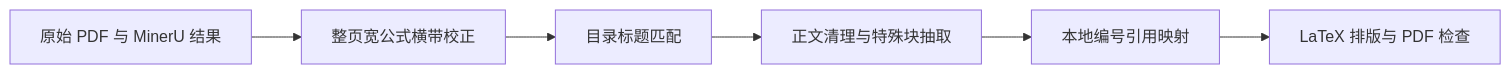
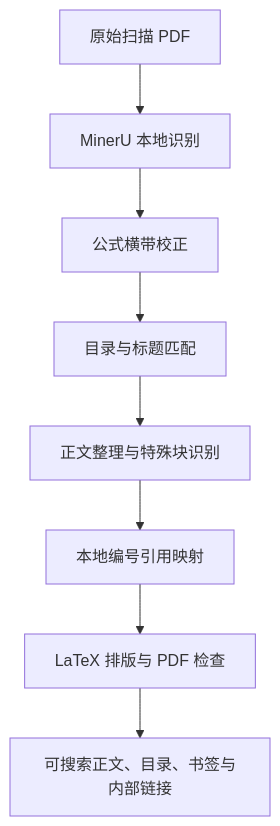
The diagram in README.md (zhiyuan7/pdf-reforge), drawn with Mermaid before and after one commit. The commit also changed other lines of this file and 32 other files, not shown here.

````diff
--- a/README.md
+++ b/README.md
@@ -11,8 +252,10 @@
 ```mermaid
-flowchart LR
-    A[原始 PDF 与 MinerU 结果] --> F[整页宽公式横带校正]
-    F --> B[目录标题匹配]
-    B --> C[正文清理与特殊块抽取]
-    C --> D[本地编号引用映射]
-    D --> E[LaTeX 排版与 PDF 检查]
+flowchart TD
+    A[原始扫描 PDF] --> B[MinerU 本地识别]
+    B --> C[公式横带校正]
+    C --> D[目录与标题匹配]
+    D --> E[正文整理与特殊块识别]
+    E --> F[本地编号引用映射]
+    F --> G[LaTeX 排版与 PDF 检查]
+    G --> H[可搜索正文、目录、书签与内部链接]
 ```
````
